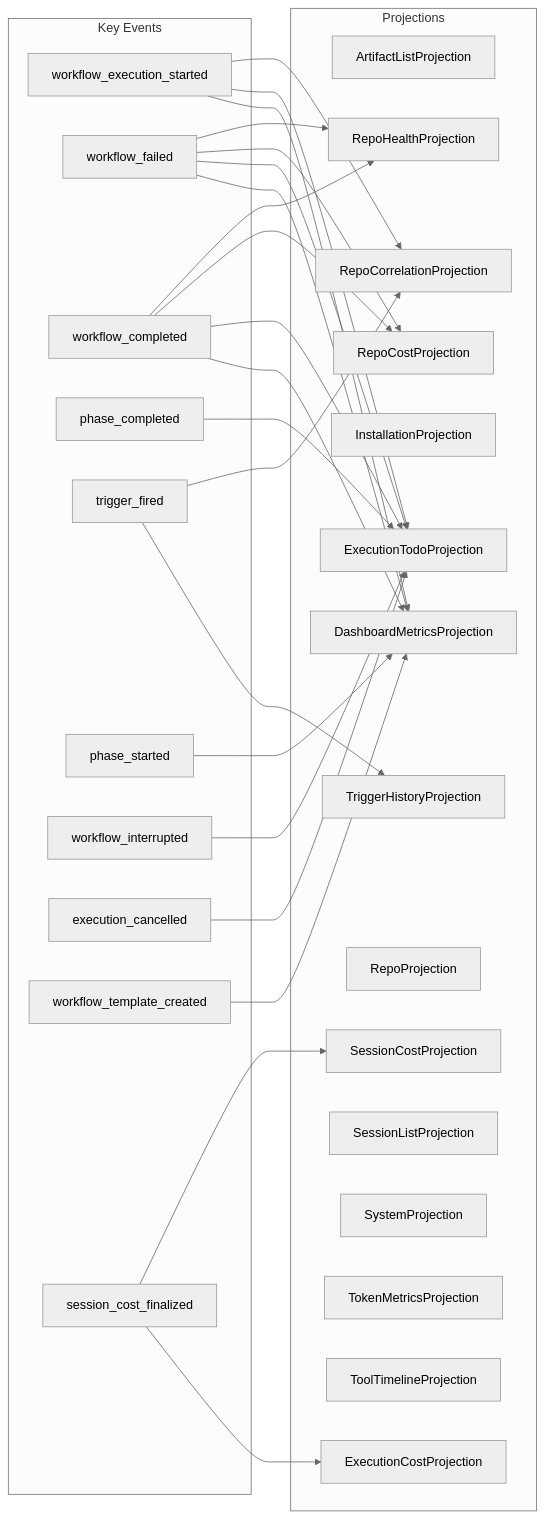
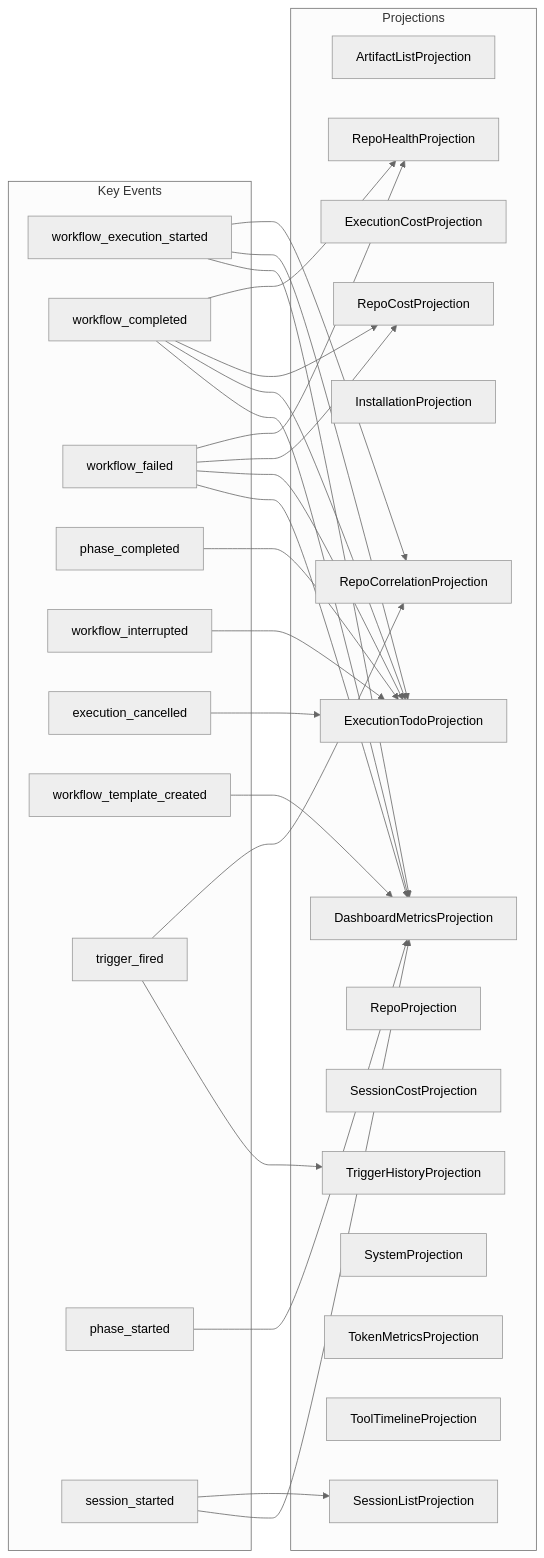
One commit to syntropic137/syntropic137 changed the diagram in docs/architecture/projection-subscriptions.md. Above: the diagram before and after it, drawn with Mermaid (neutral theme). The commit also changed other lines of this file and 11 other files, not shown here.

````diff
--- a/docs/architecture/projection-subscriptions.md
+++ b/docs/architecture/projection-subscriptions.md
@@ -15,54 +15,54 @@
 ```mermaid
 graph LR
     subgraph events["Key Events"]
         e1[workflow_execution_started]
-        e2[workflow_failed]
-        e3[workflow_completed]
+        e2[workflow_completed]
+        e3[workflow_failed]
         e4[phase_completed]
-        e5[trigger_fired]
-        e6[phase_started]
-        e7[workflow_interrupted]
-        e8[execution_cancelled]
-        e9[workflow_template_created]
-        e10[session_cost_finalized]
+        e5[workflow_interrupted]
+        e6[execution_cancelled]
+        e7[workflow_template_created]
+        e8[trigger_fired]
+        e9[phase_started]
+        e10[session_started]
     end
 
     subgraph projections["Projections"]
         p1[ArtifactListProjection]
         p2[DashboardMetricsProjection]
         p3[ExecutionCostProjection]
         p4[ExecutionTodoProjection]
         p5[InstallationProjection]
         p6[RepoCorrelationProjection]
         p7[RepoCostProjection]
         p8[RepoHealthProjection]
         p9[RepoProjection]
         p10[SessionCostProjection]
         p11[SessionListProjection]
         p12[SystemProjection]
         p13[TokenMetricsProjection]
         p14[ToolTimelineProjection]
         p15[TriggerHistoryProjection]
     end
 
-    e10 --> p10
-    e10 --> p3
-    e5 --> p6
-    e5 --> p15
     e2 --> p8
     e2 --> p7
     e2 --> p4
     e2 --> p2
-    e6 --> p2
+    e5 --> p4
+    e6 --> p4
+    e10 --> p11
+    e10 --> p2
+    e4 --> p4
+    e7 --> p2
+    e8 --> p6
+    e8 --> p15
     e1 --> p6
     e1 --> p4
     e1 --> p2
     e3 --> p8
     e3 --> p7
     e3 --> p4
     e3 --> p2
-    e7 --> p4
-    e4 --> p4
-    e8 --> p4
     e9 --> p2
 ```
````
